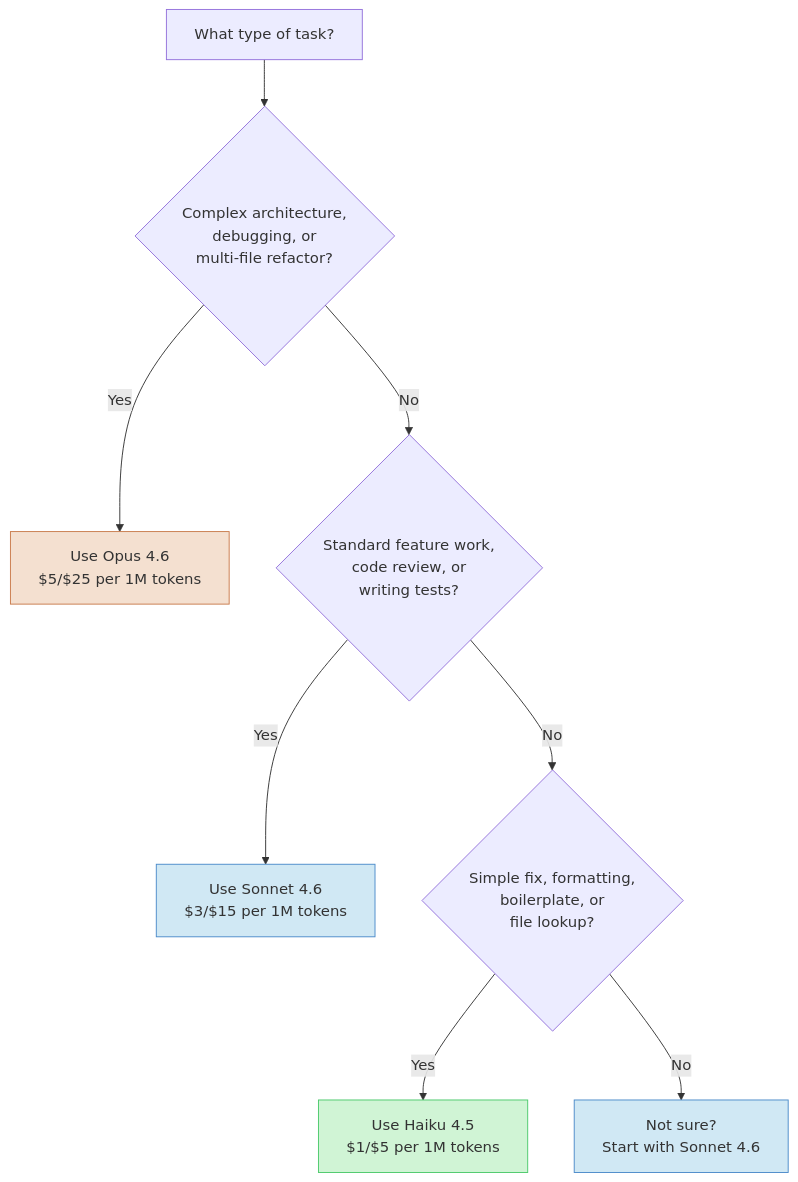
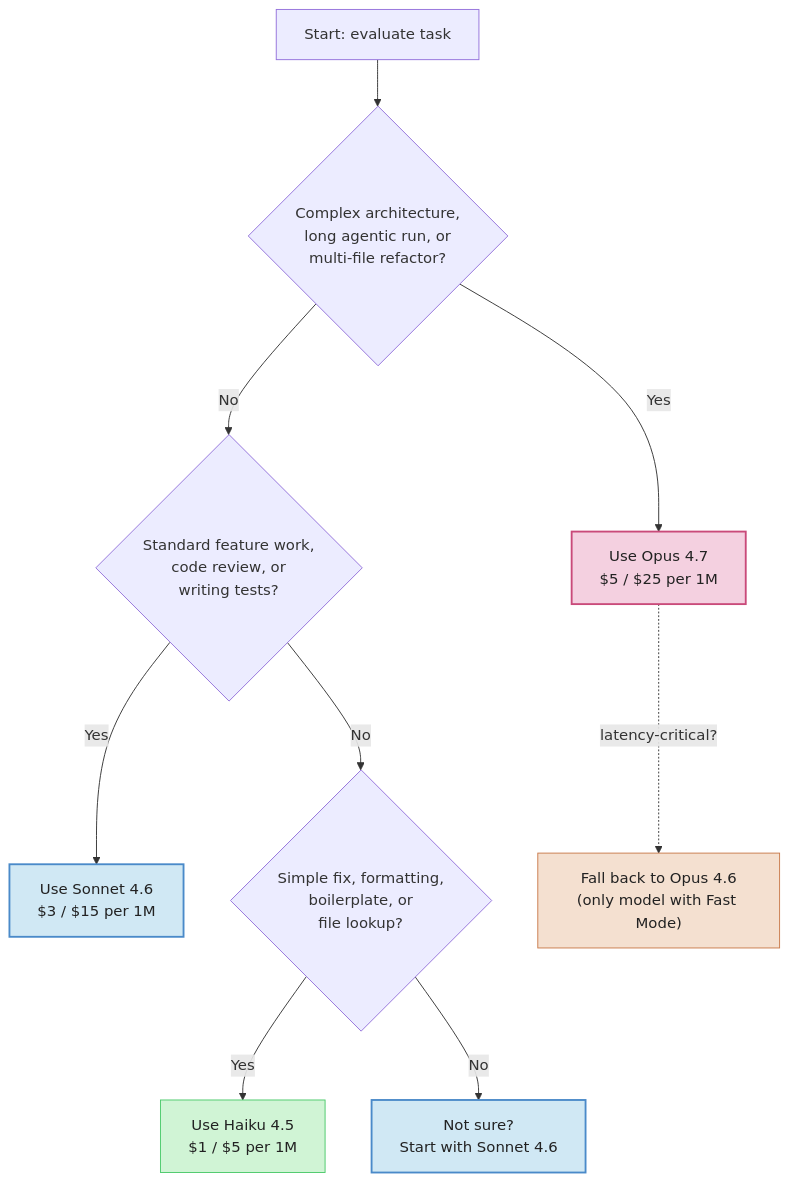
The second of 5 diagrams in guides/diagrams.md (Sagargupta16/claude-cost-optimizer), drawn with Mermaid before and after one commit. The commit also changed other lines of this file and 35 other files, not shown here.

First line of the commit message:
feat: add Opus 4.7, Mythos Preview, fix diagrams and factual corrections

````diff
--- a/guides/diagrams.md
+++ b/guides/diagrams.md
@@ -19,15 +65,22 @@
 ```mermaid
 flowchart TD
-    A[What type of task?] --> B{Complex architecture,\ndebugging, or\nmulti-file refactor?}
-    B -- Yes --> C[Use Opus 4.6\n$5/$25 per 1M tokens]
-    B -- No --> D{Standard feature work,\ncode review, or\nwriting tests?}
-    D -- Yes --> E[Use Sonnet 4.6\n$3/$15 per 1M tokens]
-    D -- No --> F{Simple fix, formatting,\nboilerplate, or\nfile lookup?}
-    F -- Yes --> G[Use Haiku 4.5\n$1/$5 per 1M tokens]
-    F -- No --> H[Not sure?\nStart with Sonnet 4.6]
+    A[Start: evaluate task] --> B{"Complex architecture,<br/>long agentic run, or<br/>multi-file refactor?"}
+    B -- Yes --> C["Use Opus 4.7<br/>$5 / $25 per 1M"]
+    B -- No --> D{"Standard feature work,<br/>code review, or<br/>writing tests?"}
+    D -- Yes --> E["Use Sonnet 4.6<br/>$3 / $15 per 1M"]
+    D -- No --> F{"Simple fix, formatting,<br/>boilerplate, or<br/>file lookup?"}
+    F -- Yes --> G["Use Haiku 4.5<br/>$1 / $5 per 1M"]
+    F -- No --> H["Not sure?<br/>Start with Sonnet 4.6"]
 
-    style C fill:#f4e0d0,stroke:#c97a4a
-    style E fill:#d0e8f4,stroke:#4a8ac9
-    style G fill:#d0f4d5,stroke:#4ac96a
-    style H fill:#d0e8f4,stroke:#4a8ac9
+    C -. "latency-critical?" .-> C2["Fall back to Opus 4.6<br/>(only model with Fast Mode)"]
+
+    classDef flagship fill:#f4d0e0,stroke:#c94a7a,stroke-width:2px,color:#222
+    classDef legacy fill:#f4e0d0,stroke:#c97a4a,color:#222
+    classDef mid fill:#d0e8f4,stroke:#4a8ac9,stroke-width:2px,color:#222
+    classDef low fill:#d0f4d5,stroke:#4ac96a,color:#222
+
+    class C flagship
+    class C2 legacy
+    class E,H mid
+    class G low
 ```
````
